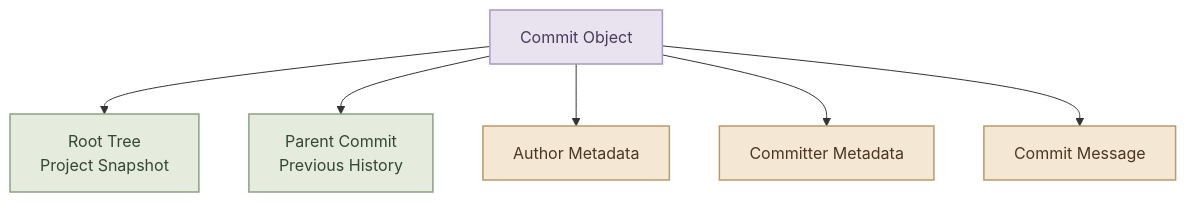
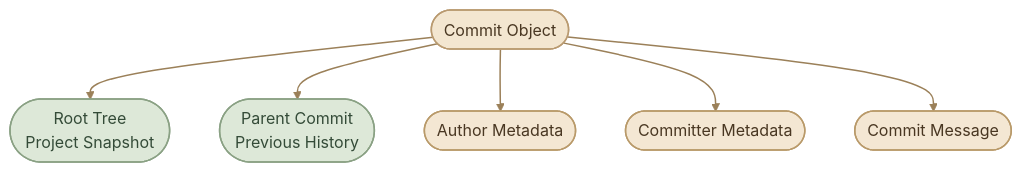
The first of 2 diagrams in content/version-control/Git and GitHub/commits-and-history.mdx (mustafammasoud/ops-handbook), drawn with Mermaid before and after one commit. The commit also changed other lines of this file and 17 other files, not shown here.

````diff
--- a/content/version-control/Git and GitHub/commits-and-history.mdx
+++ b/content/version-control/Git and GitHub/commits-and-history.mdx
@@ -61,23 +60,25 @@
 ```mermaid
 flowchart TD
-    C["Commit Object"]
-    T["Root Tree<br/>Project Snapshot"]
-    P["Parent Commit<br/>Previous History"]
-    A["Author Metadata"]
-    M["Committer Metadata"]
-    D["Commit Message"]
+    C(["Commit Object"])
+    T(["Root Tree<br/>Project Snapshot"])
+    P(["Parent Commit<br/>Previous History"])
+    A(["Author Metadata"])
+    M(["Committer Metadata"])
+    D(["Commit Message"])
 
     C --> T
     C --> P
     C --> A
     C --> M
     C --> D
 
-    classDef commit fill:#E9E3F0,stroke:#A99ABF,color:#463B58,stroke-width:1.5px
-    classDef tree fill:#E5EBDD,stroke:#8CA184,color:#344734,stroke-width:1.5px
+    classDef commit fill:#F3E6D0,stroke:#B99A70,color:#493722,stroke-width:1.5px
+    classDef tree fill:#DDE8D8,stroke:#8AA184,color:#344B38,stroke-width:1.5px
     classDef metadata fill:#F4E7D3,stroke:#B99A6A,color:#493722,stroke-width:1.5px
 
     class C commit
     class T,P tree
     class A,M,D metadata
+
+    linkStyle default stroke:#9B8059,stroke-width:1.5px
 ```
````
